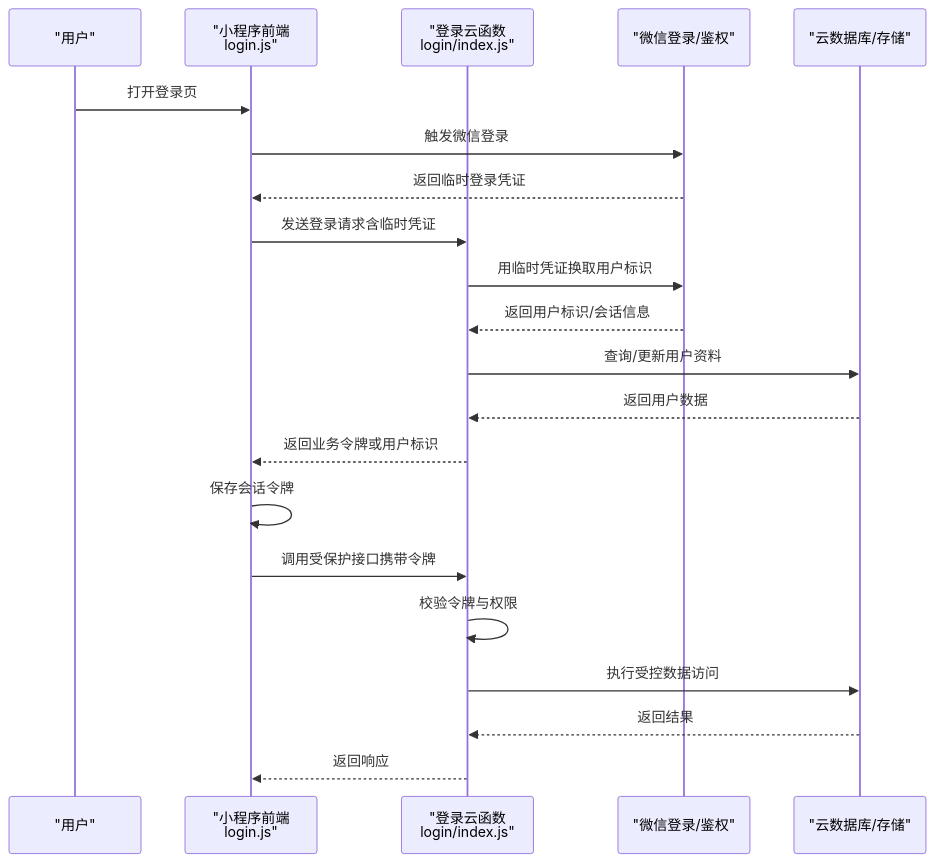
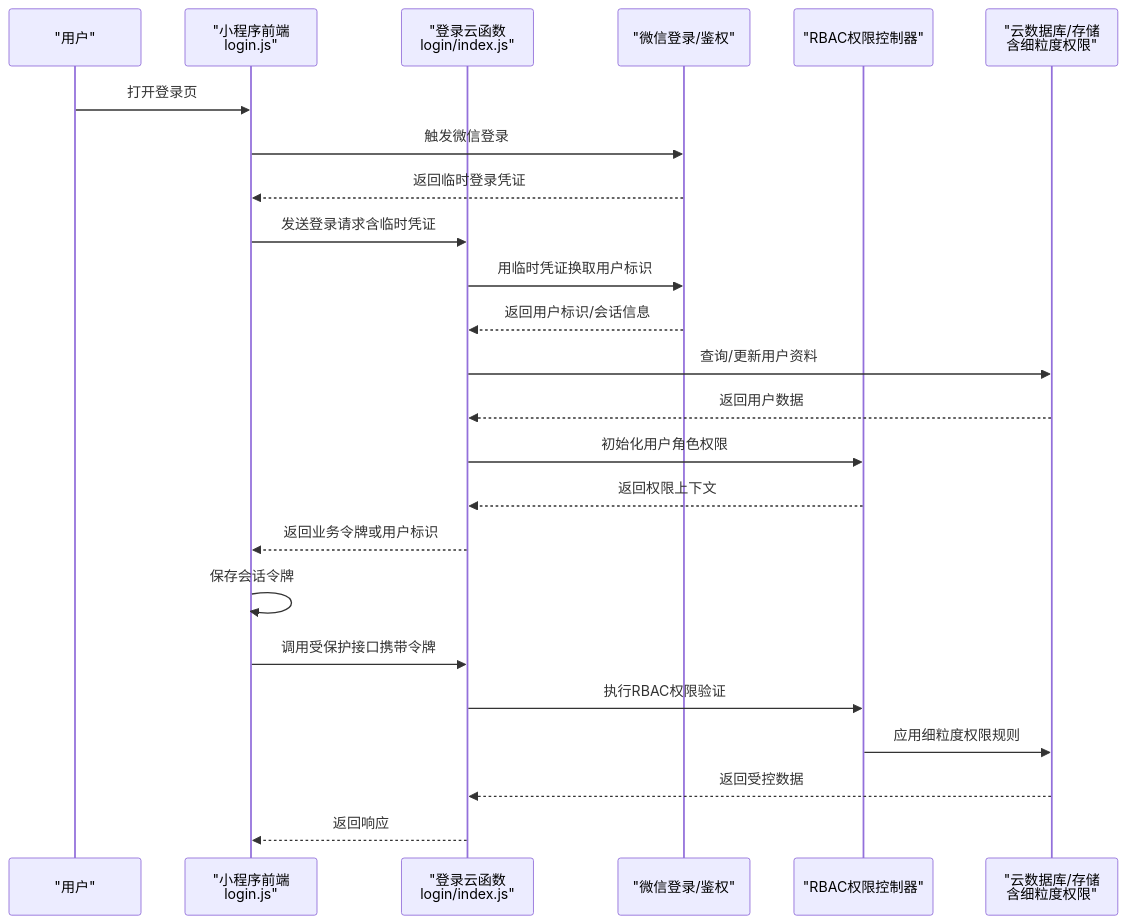
The second of 6 diagrams in .qoder/repowiki/zh/content/架构设计/安全架构设计.md (cwb7756/bio), drawn with Mermaid before and after one commit. The commit also changed other lines of this file and 14 other files, not shown here.

First line of the commit message:
feat(knowledgeMap): 增强知识图谱功能，新增种子数据生成器

````diff
--- a/.qoder/repowiki/zh/content/架构设计/安全架构设计.md
+++ b/.qoder/repowiki/zh/content/架构设计/安全架构设计.md
@@ -75,23 +105,26 @@
 ```mermaid
 sequenceDiagram
 participant U as "用户"
 participant MP as "小程序前端<br/>login.js"
 participant CF as "登录云函数<br/>login/index.js"
 participant AUTH as "微信登录/鉴权"
-participant DB as "云数据库/存储"
+participant RBAC as "RBAC权限控制器"
+participant DB as "云数据库/存储<br/>含细粒度权限"
 U->>MP : 打开登录页
 MP->>AUTH : 触发微信登录
 AUTH-->>MP : 返回临时登录凭证
 MP->>CF : 发送登录请求含临时凭证
 CF->>AUTH : 用临时凭证换取用户标识
 AUTH-->>CF : 返回用户标识/会话信息
 CF->>DB : 查询/更新用户资料
 DB-->>CF : 返回用户数据
+CF->>RBAC : 初始化用户角色权限
+RBAC-->>CF : 返回权限上下文
 CF-->>MP : 返回业务令牌或用户标识
 MP->>MP : 保存会话令牌
 MP->>CF : 调用受保护接口携带令牌
-CF->>CF : 校验令牌与权限
-CF->>DB : 执行受控数据访问
-DB-->>CF : 返回结果
+CF->>RBAC : 执行RBAC权限验证
+RBAC->>DB : 应用细粒度权限规则
+DB-->>CF : 返回受控数据
 CF-->>MP : 返回响应
 ```
````
